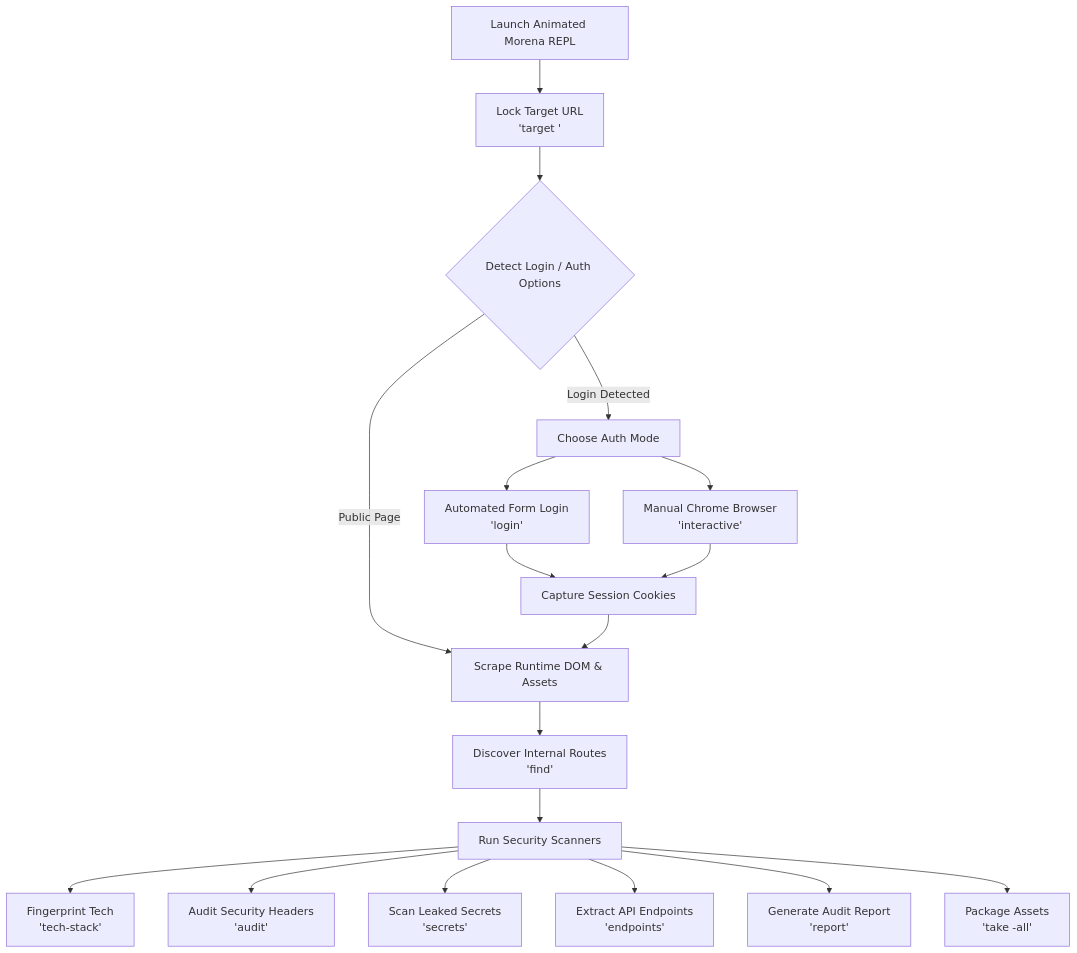
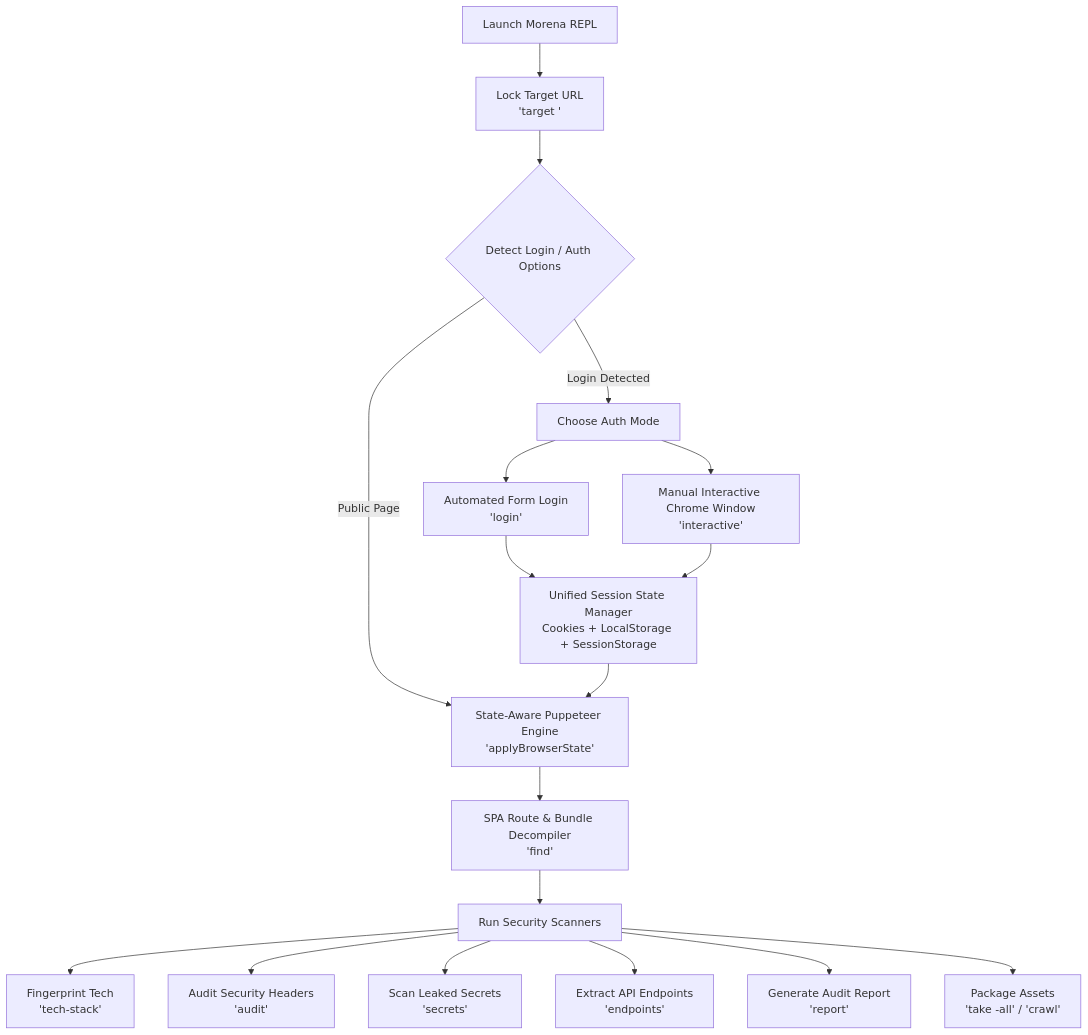
One commit to antoniusjairus4/Morena changed the diagram in README.md. Above: the diagram before and after it, drawn with Mermaid. The commit also changed other lines of this file, not shown here.

Commit message:
Update README.md with unified session manager and SPA bundle discovery

````diff
--- a/README.md
+++ b/README.md
@@ -46,20 +48,20 @@
 ```mermaid
 flowchart TD
-    A[Launch Animated Morena REPL] --> B[Lock Target URL\n'target <url>']
+    A[Launch Morena REPL] --> B[Lock Target URL\n'target <url>']
     B --> C{Detect Login / Auth Options}
     C -- Login Detected --> D[Choose Auth Mode]
     D --> E[Automated Form Login\n'login']
-    D --> F[Manual Chrome Browser\n'interactive']
-    E --> G[Capture Session Cookies]
+    D --> F[Manual Interactive Chrome Window\n'interactive']
+    E --> G[Unified Session State Manager\nCookies + LocalStorage + SessionStorage]
     F --> G
-    C -- Public Page --> H[Scrape Runtime DOM & Assets]
+    C -- Public Page --> H[State-Aware Puppeteer Engine\n'applyBrowserState']
     G --> H
-    H --> I[Discover Internal Routes\n'find']
+    H --> I[SPA Route & Bundle Decompiler\n'find']
     I --> J[Run Security Scanners]
     J --> K1[Fingerprint Tech\n'tech-stack']
     J --> K2[Audit Security Headers\n'audit']
     J --> K3[Scan Leaked Secrets\n'secrets']
     J --> K4[Extract API Endpoints\n'endpoints']
     J --> L[Generate Audit Report\n'report']
-    J --> M[Package Assets\n'take -all']
+    J --> M[Package Assets\n'take -all' / 'crawl']
 ```
````
